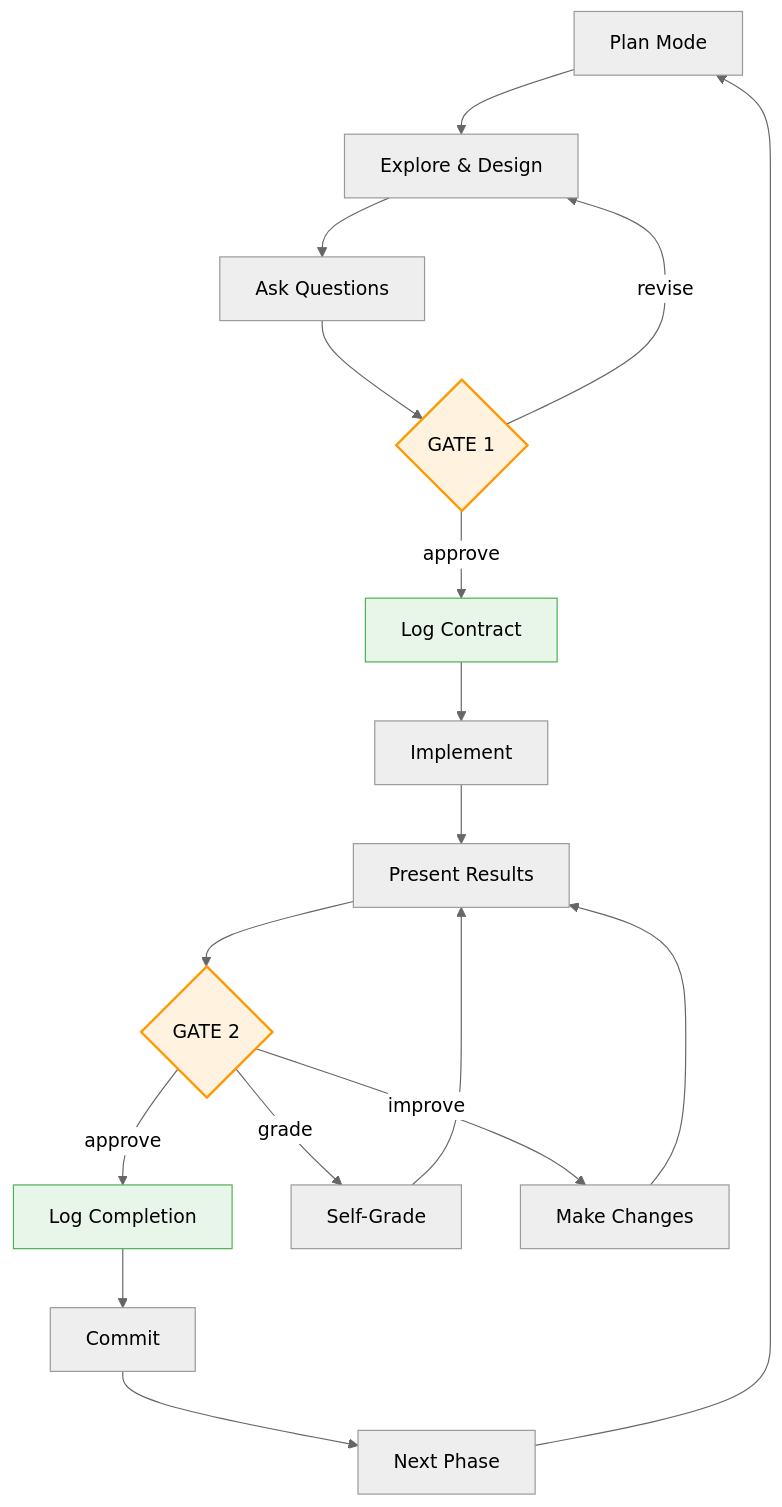
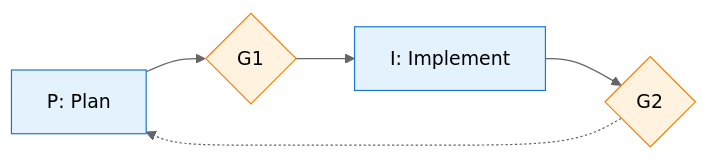
One commit to binaryphile/tandem-protocol changed the second of 2 diagrams in README.md. Above: the diagram before and after it, drawn with Mermaid (neutral theme). The commit also changed other lines of this file, not shown here.

````diff
--- a/README.md
+++ b/README.md
@@ -75,25 +75,12 @@
 ```mermaid
-flowchart TD
-    PLAN[Plan Mode] --> EXPLORE[Explore & Design]
-    EXPLORE --> ASK[Ask Questions]
-    ASK --> G1{GATE 1}
-    G1 -->|approve| LOG1[Log Contract]
-    LOG1 --> IMPL[Implement]
-    IMPL --> PRESENT[Present Results]
-    PRESENT --> G2{GATE 2}
-    G2 -->|approve| LOG2[Log Completion]
-    LOG2 --> COMMIT[Commit]
-    COMMIT --> NEXT[Next Phase]
-    NEXT --> PLAN
+flowchart LR
+    P[P: Plan] --> G1{G1}
+    G1 --> I[I: Implement]
+    I --> G2{G2}
+    G2 -.-> P
 
-    G1 -->|revise| EXPLORE
-    G2 -->|grade| GRADE[Self-Grade]
-    G2 -->|improve| IMPROVE[Make Changes]
-    GRADE --> PRESENT
-    IMPROVE --> PRESENT
-
-    style G1 fill:#fff3e0,stroke:#ff9800,stroke-width:2px
-    style G2 fill:#fff3e0,stroke:#ff9800,stroke-width:2px
-    style LOG1 fill:#e8f5e9,stroke:#4caf50
-    style LOG2 fill:#e8f5e9,stroke:#4caf50
+    style P fill:#e3f2fd,stroke:#1976d2
+    style I fill:#e3f2fd,stroke:#1976d2
+    style G1 fill:#fff3e0,stroke:#f57c00
+    style G2 fill:#fff3e0,stroke:#f57c00
 ```
````
